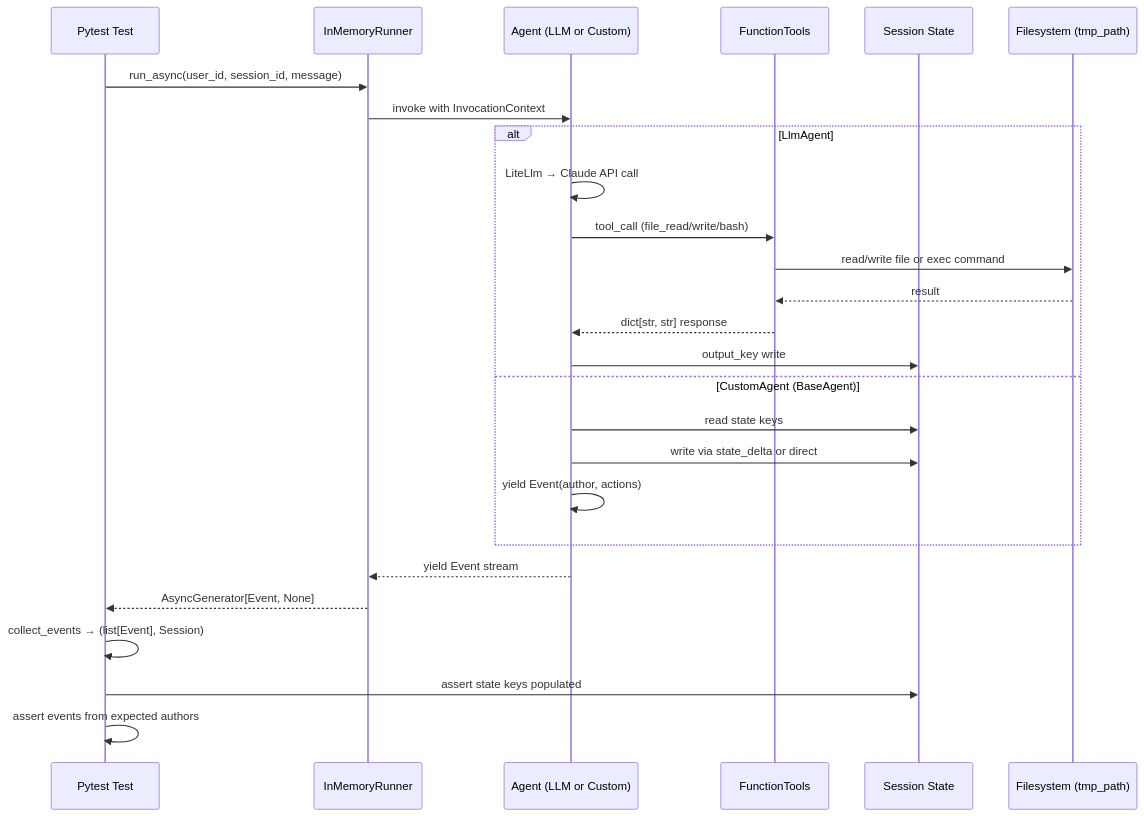
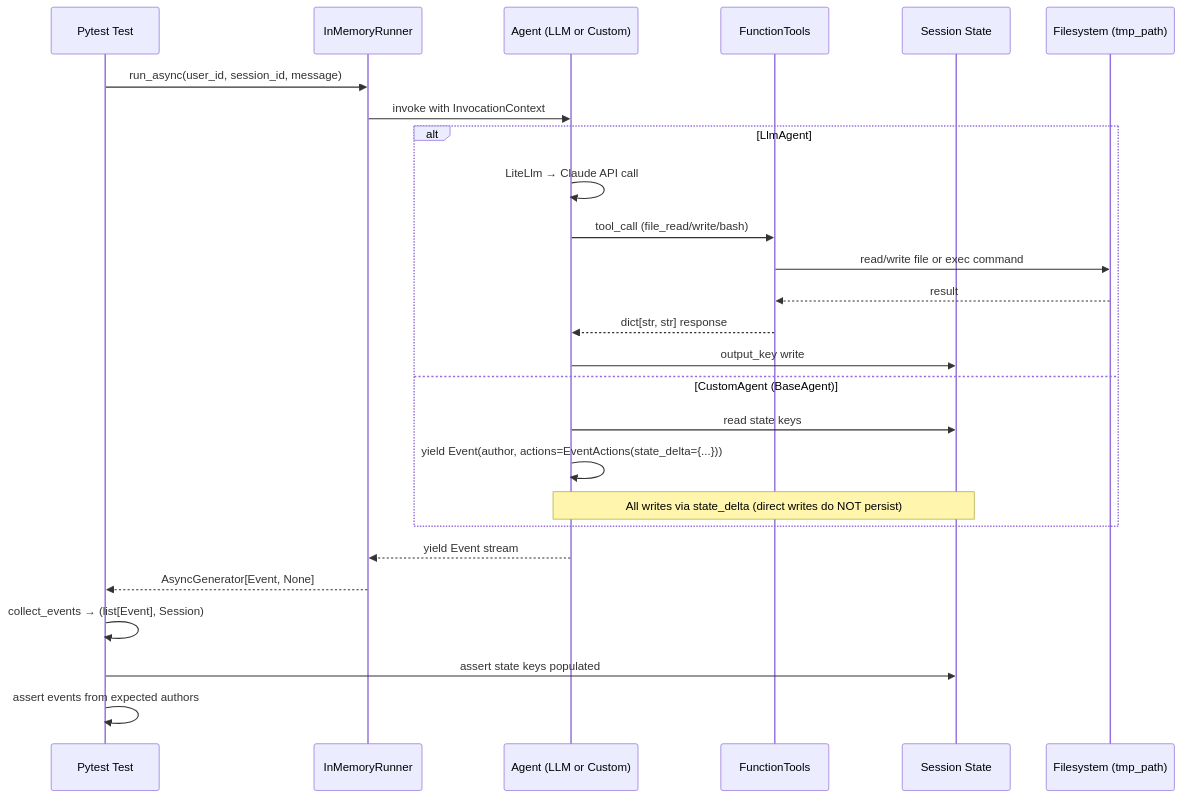
Before and after one commit to BechtelR/AutoBuilder: the second of 7 diagrams in .dev/build-phase/phase-1/model.md, drawn with Mermaid. The commit also changed other lines of this file and 24 other files, not shown here.

````diff
--- a/.dev/build-phase/phase-1/model.md
+++ b/.dev/build-phase/phase-1/model.md
@@ -213,31 +213,31 @@
 ```mermaid
 sequenceDiagram
     participant Test as Pytest Test
     participant Runner as InMemoryRunner
     participant Agent as Agent (LLM or Custom)
     participant Tools as FunctionTools
     participant State as Session State
     participant FS as Filesystem (tmp_path)
 
     Test->>Runner: run_async(user_id, session_id, message)
     Runner->>Agent: invoke with InvocationContext
 
     alt LlmAgent
         Agent->>Agent: LiteLlm → Claude API call
         Agent->>Tools: tool_call (file_read/write/bash)
         Tools->>FS: read/write file or exec command
         FS-->>Tools: result
         Tools-->>Agent: dict[str, str] response
         Agent->>State: output_key write
     else CustomAgent (BaseAgent)
         Agent->>State: read state keys
-        Agent->>State: write via state_delta or direct
-        Agent->>Agent: yield Event(author, actions)
+        Agent->>Agent: yield Event(author, actions=EventActions(state_delta={...}))
+        Note over Agent,State: All writes via state_delta (direct writes do NOT persist)
     end
 
     Agent-->>Runner: yield Event stream
     Runner-->>Test: AsyncGenerator[Event, None]
     Test->>Test: collect_events → (list[Event], Session)
     Test->>State: assert state keys populated
     Test->>Test: assert events from expected authors
 ```
````
